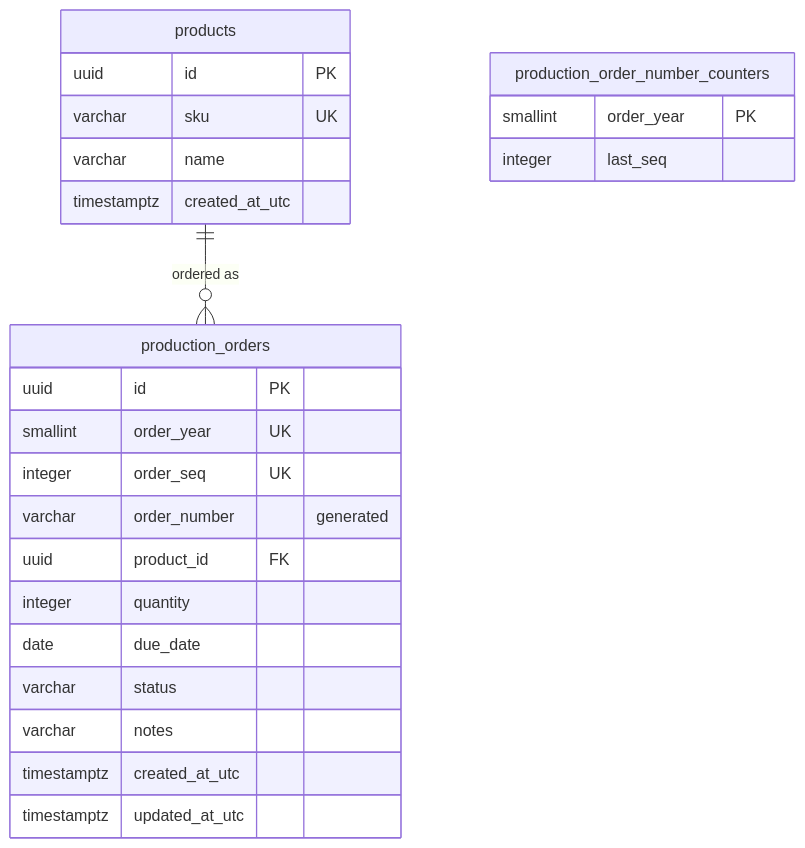
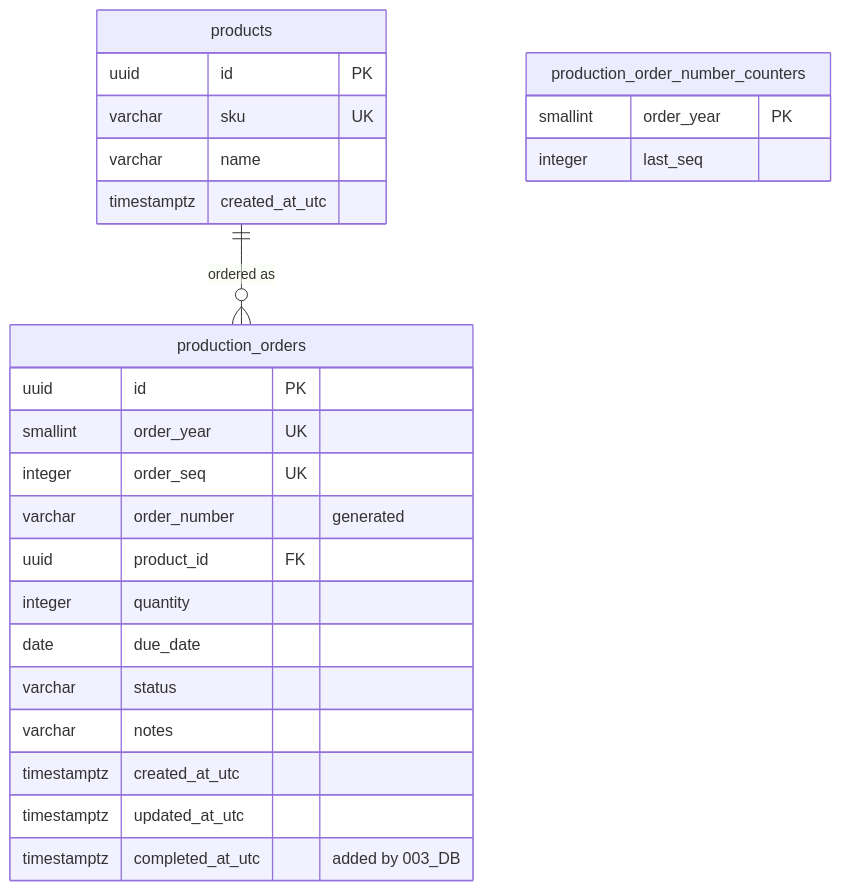
The diagram in docs/en/database/001/001_DB_製造指示登録・編集.md (SateraitoOfficeVN/ProductionManagementAI), drawn with Mermaid before and after one commit. The commit also changed other lines of this file and 20 other files, not shown here.

````diff
--- a/docs/en/database/001/001_DB_製造指示登録・編集.md
+++ b/docs/en/database/001/001_DB_製造指示登録・編集.md
@@ -23,27 +47,28 @@
 ```mermaid
 erDiagram
     products ||--o{ production_orders : "ordered as"
     products {
         uuid id PK
         varchar sku UK
         varchar name
         timestamptz created_at_utc
     }
     production_orders {
         uuid id PK
         smallint order_year UK
         integer order_seq UK
         varchar order_number "generated"
         uuid product_id FK
         integer quantity
         date due_date
         varchar status
         varchar notes
         timestamptz created_at_utc
         timestamptz updated_at_utc
+        timestamptz completed_at_utc "added by 003_DB"
     }
     production_order_number_counters {
         smallint order_year PK
         integer last_seq
     }
 ```
````
